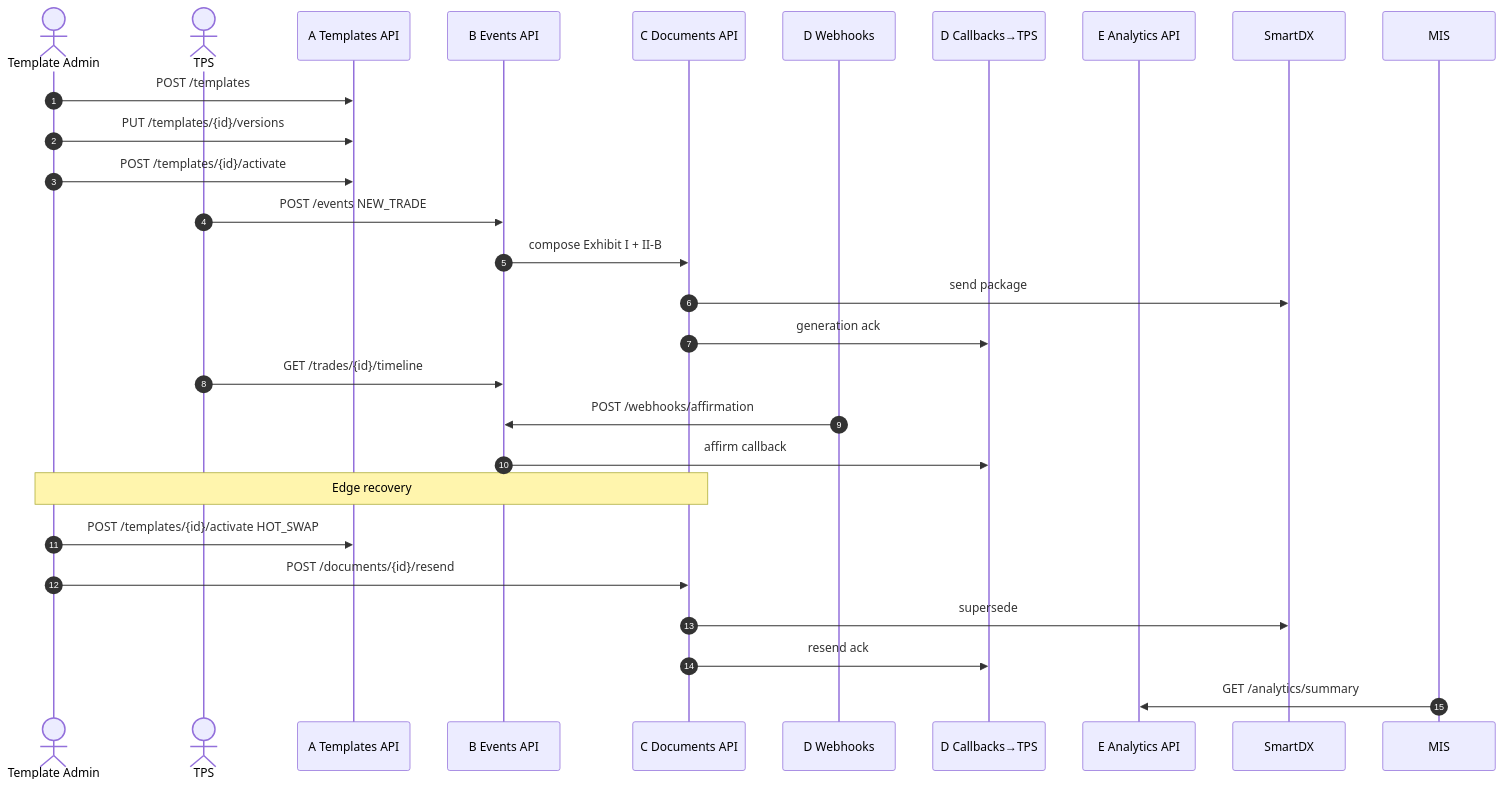
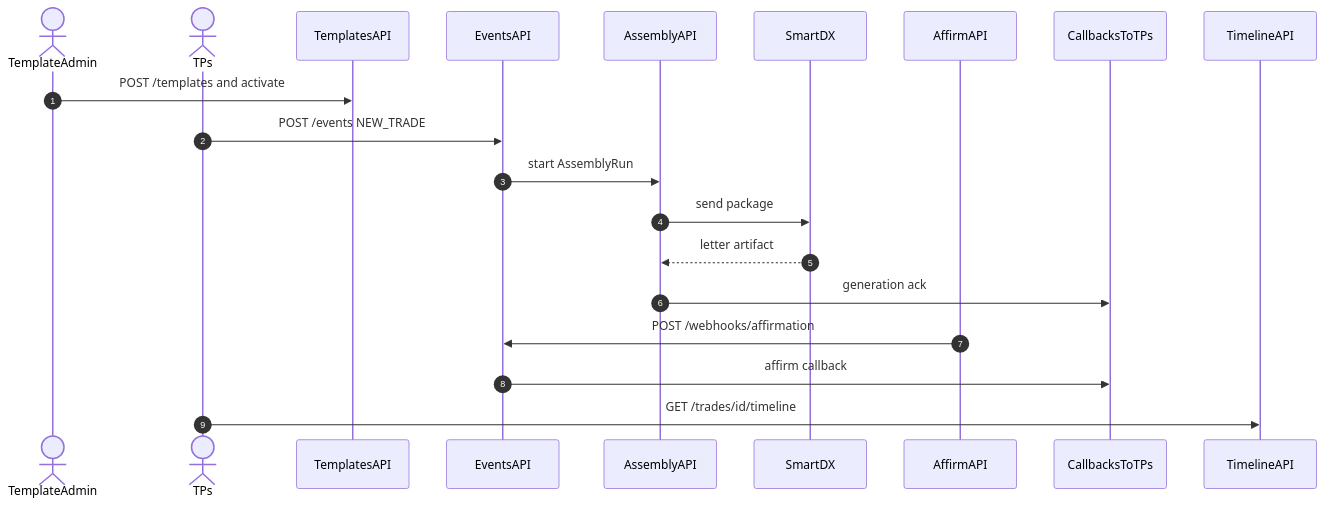
One commit to dae-nan/con4m8ions changed the second of 2 diagrams in specs/api/openapi.md. Above: the diagram before and after it, drawn with Mermaid. The commit also changed other lines of this file and 6 other files, not shown here.

First line of the commit message:
PRD v1.3: target arch, DDD, timeline, TemplatePackage LDM

````diff
--- a/specs/api/openapi.md
+++ b/specs/api/openapi.md
@@ -107,34 +105,23 @@
 ```mermaid
 sequenceDiagram
   autonumber
-  actor Admin as Template Admin
-  actor TPS
-  participant T as A Templates API
-  participant E as B Events API
-  participant D as C Documents API
-  participant W as D Webhooks
-  participant CB as D Callbacks→TPS
-  participant M as E Analytics API
+  actor Admin as TemplateAdmin
+  actor TPs
+  participant A as TemplatesAPI
+  participant B as EventsAPI
+  participant C as AssemblyAPI
   participant SDX as SmartDX
+  participant D as AffirmAPI
+  participant CB as CallbacksToTPs
+  participant F as TimelineAPI
 
-  Admin->>T: POST /templates
-  Admin->>T: PUT /templates/{id}/versions
-  Admin->>T: POST /templates/{id}/activate
-
-  TPS->>E: POST /events NEW_TRADE
-  E->>D: compose Exhibit I + II-B
-  D->>SDX: send package
-  D->>CB: generation ack
-  TPS->>E: GET /trades/{id}/timeline
-
-  W->>E: POST /webhooks/affirmation
-  E->>CB: affirm callback
-
-  Note over Admin,D: Edge recovery
-  Admin->>T: POST /templates/{id}/activate HOT_SWAP
-  Admin->>D: POST /documents/{id}/resend
-  D->>SDX: supersede
-  D->>CB: resend ack
-
-  MIS->>M: GET /analytics/summary
+  Admin->>A: POST /templates and activate
+  TPs->>B: POST /events NEW_TRADE
+  B->>C: start AssemblyRun
+  C->>SDX: send package
+  SDX-->>C: letter artifact
+  C->>CB: generation ack
+  D->>B: POST /webhooks/affirmation
+  B->>CB: affirm callback
+  TPs->>F: GET /trades/id/timeline
 ```
````
